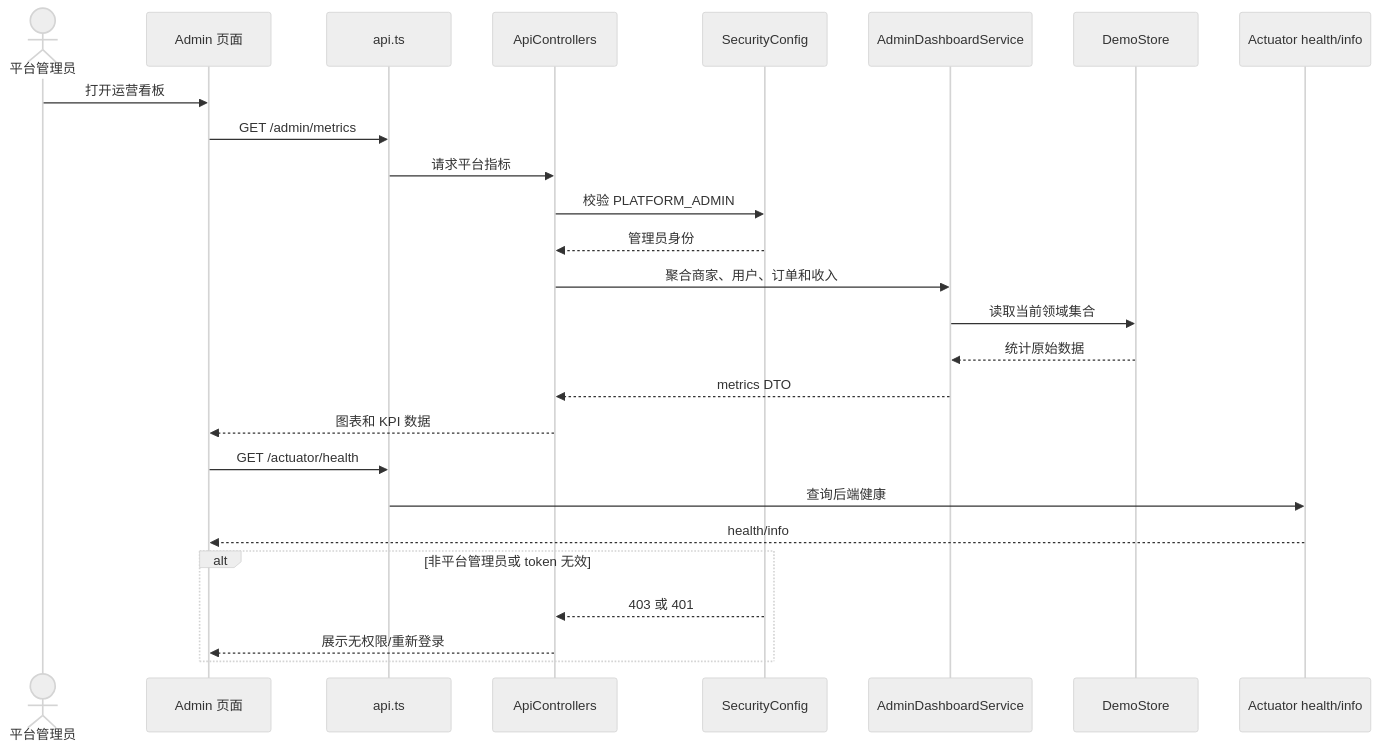
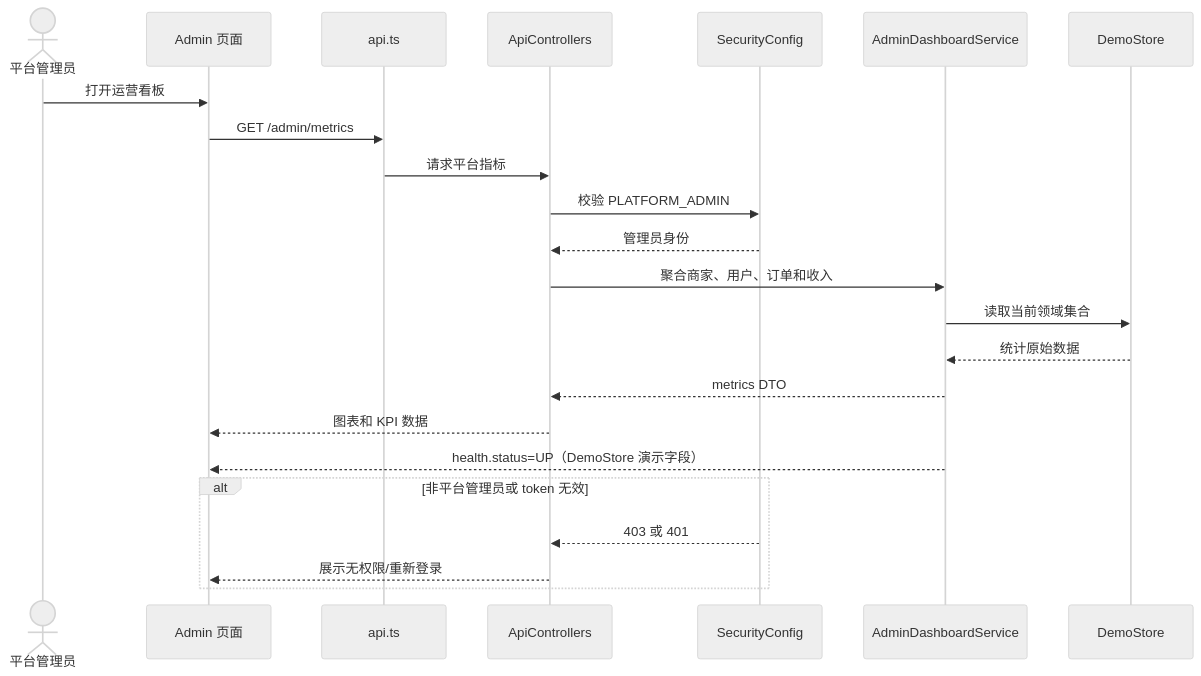
Diagram 12 of 12 in docs/13_概要设计说明书.md (daihao007/Lumalife), drawn with Mermaid (neutral theme) before and after one commit. The commit also changed other lines of this file and 4 other files, not shown here.

````diff
--- a/docs/13_概要设计说明书.md
+++ b/docs/13_概要设计说明书.md
@@ -748,28 +748,25 @@
 ```mermaid
 sequenceDiagram
     actor 平台管理员
     participant AdminUI as Admin 页面
     participant API as api.ts
     participant Ctrl as ApiControllers
     participant Sec as SecurityConfig
     participant Dashboard as AdminDashboardService
     participant Store as DemoStore
-    participant Actuator as Actuator health/info
     平台管理员->>AdminUI: 打开运营看板
     AdminUI->>API: GET /admin/metrics
     API->>Ctrl: 请求平台指标
     Ctrl->>Sec: 校验 PLATFORM_ADMIN
     Sec-->>Ctrl: 管理员身份
     Ctrl->>Dashboard: 聚合商家、用户、订单和收入
     Dashboard->>Store: 读取当前领域集合
     Store-->>Dashboard: 统计原始数据
     Dashboard-->>Ctrl: metrics DTO
     Ctrl-->>AdminUI: 图表和 KPI 数据
-    AdminUI->>API: GET /actuator/health
-    API->>Actuator: 查询后端健康
-    Actuator-->>AdminUI: health/info
+    Dashboard-->>AdminUI: health.status=UP（DemoStore 演示字段）
     alt 非平台管理员或 token 无效
         Sec-->>Ctrl: 403 或 401
         Ctrl-->>AdminUI: 展示无权限/重新登录
     end
 ```
````
